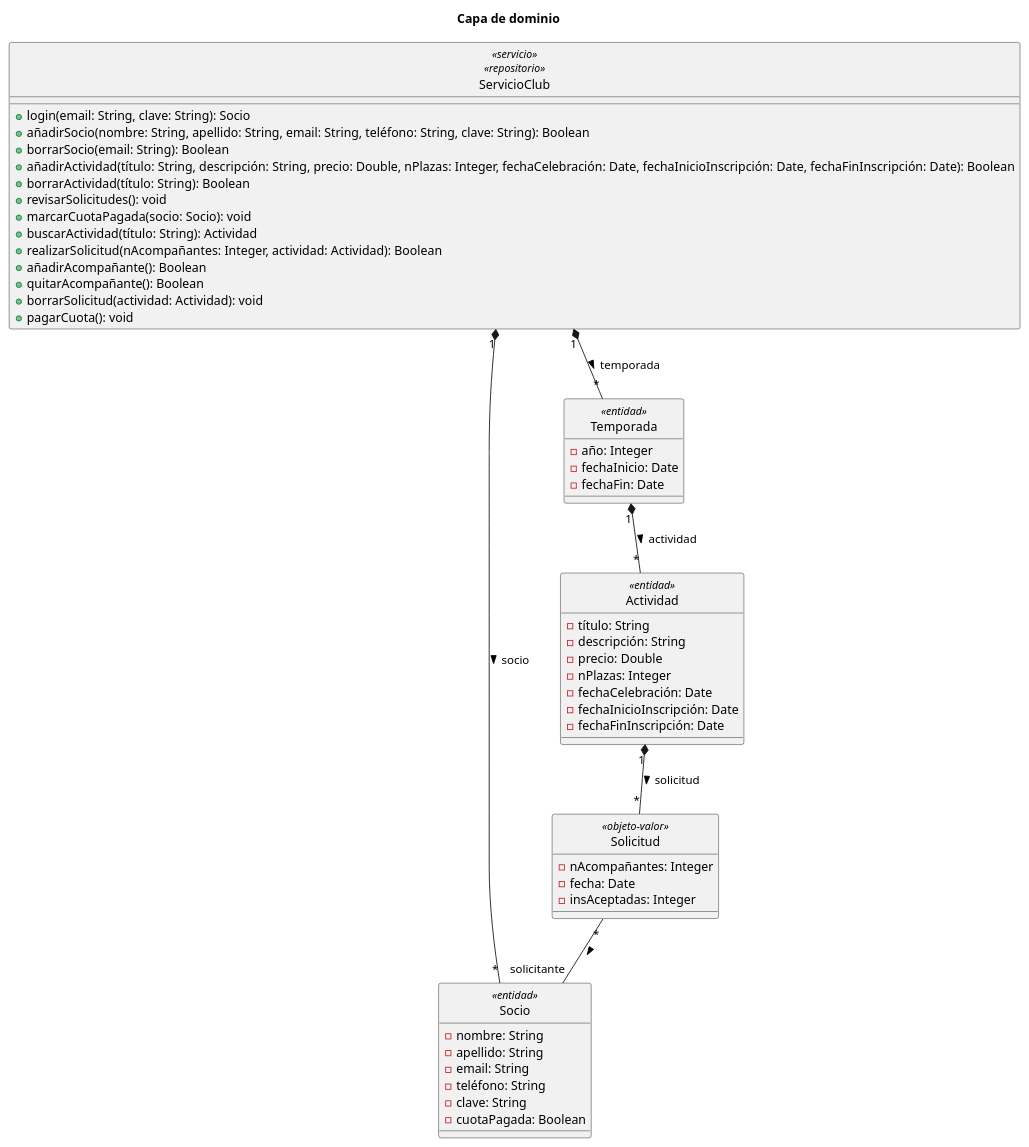
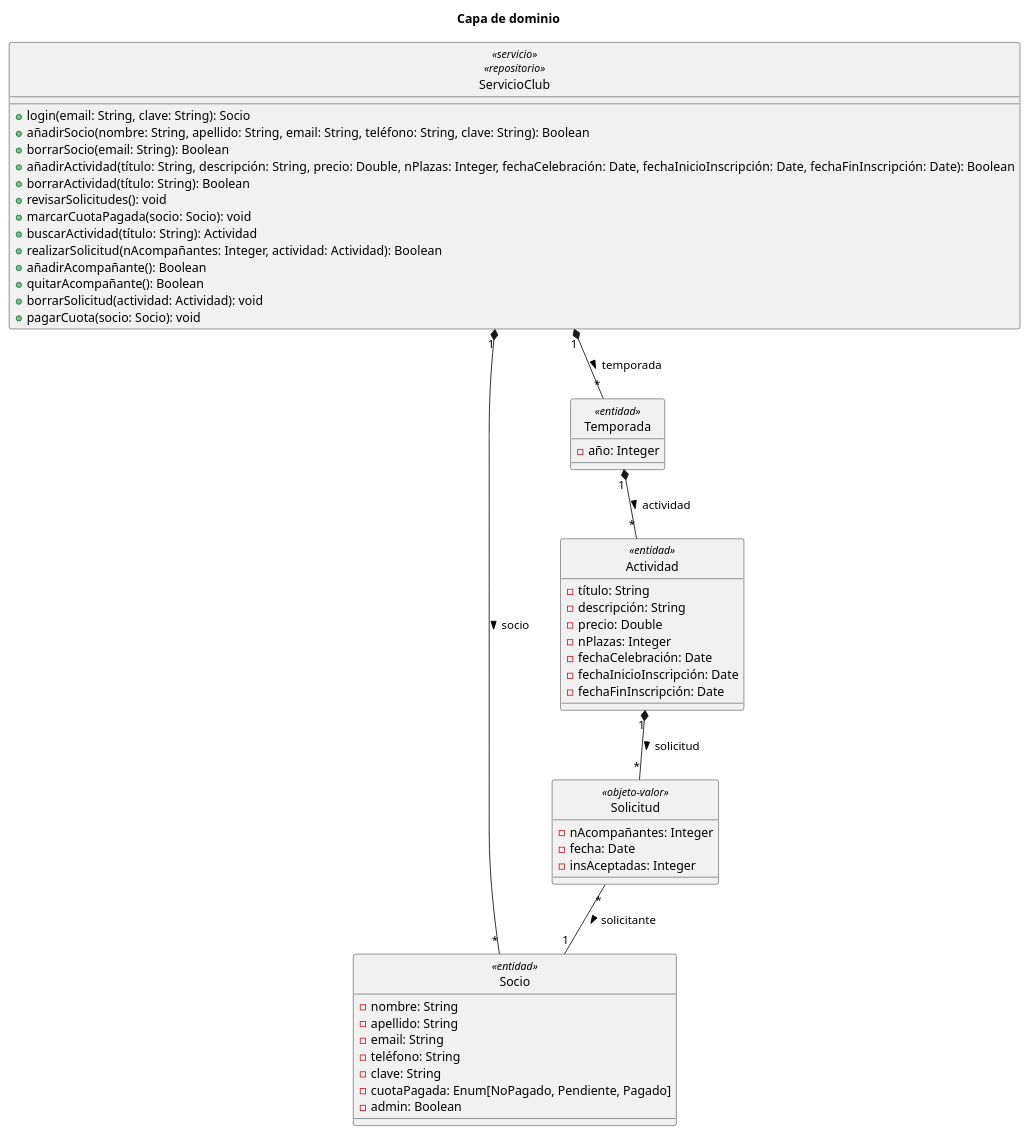
The diagram in diagramaDominio.puml (fjja0004/DAE-2024-fjja0004-scr00043-jfb00009), drawn with PlantUML before and after one commit.

Commit message:
Modificación UML: cambio de el tipo de dato del atributo cuota de socio.

```diff
--- a/diagramaDominio.puml
+++ b/diagramaDominio.puml
@@ -1,59 +1,58 @@
 @startuml
 title "Capa de dominio"
 hide circle
 'skinparam classAttributeIconSize 0
 
 class ServicioClub <<servicio>> <<repositorio>> {
     + login(email: String, clave: String): Socio
     + añadirSocio(nombre: String, apellido: String, email: String, teléfono: String, clave: String): Boolean
     + borrarSocio(email: String): Boolean
     + añadirActividad(título: String, descripción: String, precio: Double, nPlazas: Integer, fechaCelebración: Date, fechaInicioInscripción: Date, fechaFinInscripción: Date): Boolean
     + borrarActividad(título: String): Boolean
     + revisarSolicitudes(): void
     + marcarCuotaPagada(socio: Socio): void
     + buscarActividad(título: String): Actividad
     + realizarSolicitud(nAcompañantes: Integer, actividad: Actividad): Boolean
     + añadirAcompañante(): Boolean
     + quitarAcompañante(): Boolean
     + borrarSolicitud(actividad: Actividad): void
-    + pagarCuota(): void
+    + pagarCuota(socio: Socio): void
 }
 
 class Socio <<entidad>> {
 - nombre: String
 - apellido: String
 - email: String
 - teléfono: String
 - clave: String
-- cuotaPagada: Boolean
+- cuotaPagada: Enum[NoPagado, Pendiente, Pagado]
+- admin: Boolean
 }
 
 class Actividad <<entidad>> {
 - título: String
 - descripción: String
 - precio: Double
 - nPlazas: Integer
 - fechaCelebración: Date
 - fechaInicioInscripción: Date
 - fechaFinInscripción: Date
 }
 
 class Solicitud <<objeto-valor>> {
 - nAcompañantes: Integer
 - fecha: Date
 - insAceptadas: Integer
 }
 
 class Temporada <<entidad>> {
 - año: Integer
-- fechaInicio: Date
-- fechaFin: Date
 }
 
-Solicitud "*" --"solicitante" Socio: >
+Solicitud "*" -- "1" Socio : > solicitante
 Actividad "1" *-- "*" Solicitud : > solicitud
 Temporada "1" *-- "*" Actividad : > actividad
 ServicioClub "1" *-- "*" Socio : > socio
 ServicioClub "1" *-- "*" Temporada : > temporada
 
 @enduml
```
